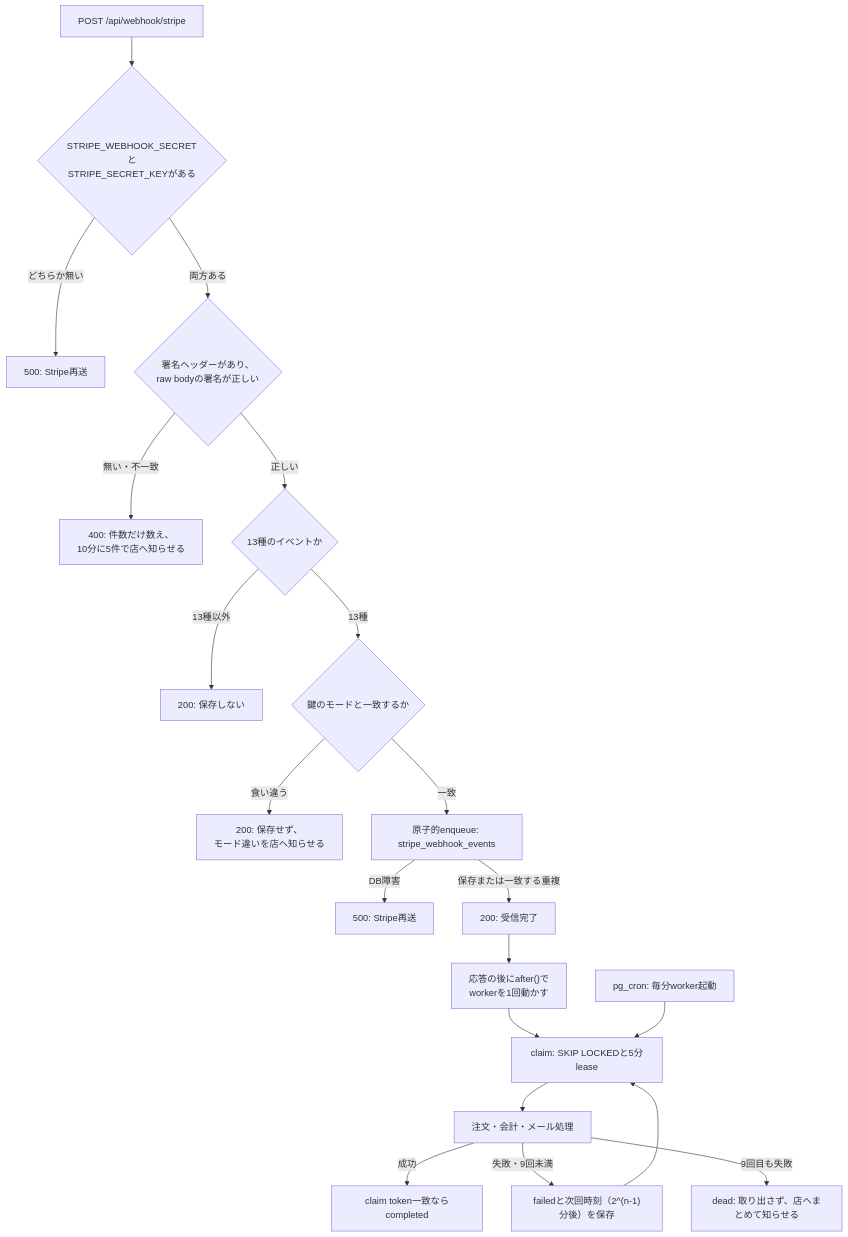
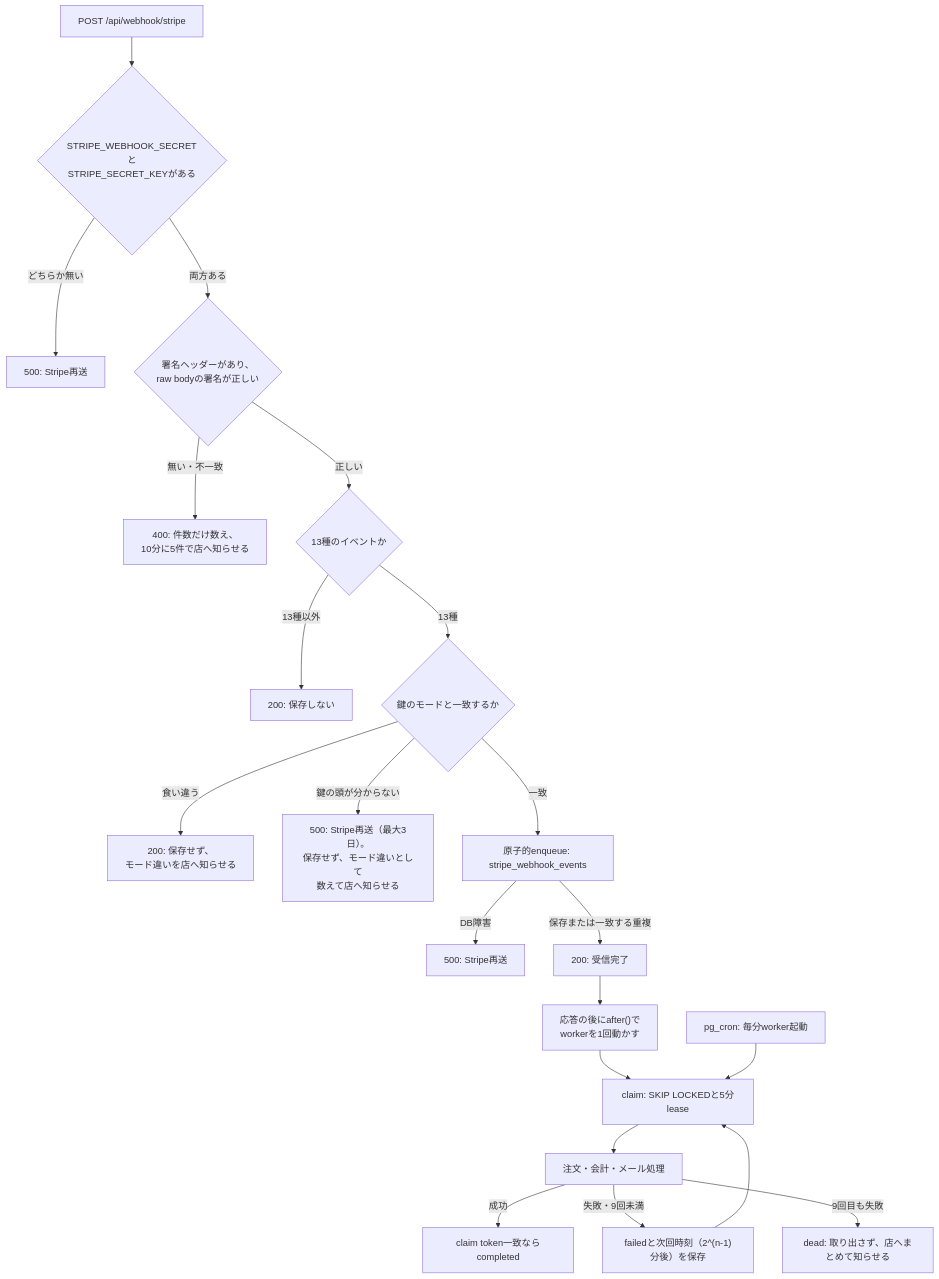
Before and after one commit to ChocoWork/o_official: the first of 3 diagrams in docs/04_DetailDesign/pages/13_checkout.md, drawn with Mermaid. The commit also changed other lines of this file and 20 other files, not shown here.

````diff
--- a/docs/04_DetailDesign/pages/13_checkout.md
+++ b/docs/04_DetailDesign/pages/13_checkout.md
@@ -151,22 +151,23 @@
 ```mermaid
 flowchart TD
   A["POST /api/webhook/stripe"] --> S{"STRIPE_WEBHOOK_SECRETと<br/>STRIPE_SECRET_KEYがある"}
   S -- どちらか無い --> S1["500: Stripe再送"]
   S -- 両方ある --> B{"署名ヘッダーがあり、<br/>raw bodyの署名が正しい"}
   B -- 無い・不一致 --> C["400: 件数だけ数え、<br/>10分に5件で店へ知らせる"]
   B -- 正しい --> T{"13種のイベントか"}
   T -- 13種以外 --> T1["200: 保存しない"]
   T -- 13種 --> M{"鍵のモードと一致するか"}
   M -- 食い違う --> M1["200: 保存せず、<br/>モード違いを店へ知らせる"]
+  M -- 鍵の頭が分からない --> M2["500: Stripe再送（最大3日）。<br/>保存せず、モード違いとして<br/>数えて店へ知らせる"]
   M -- 一致 --> D["原子的enqueue: stripe_webhook_events"]
   D -- DB障害 --> E["500: Stripe再送"]
   D -- 保存または一致する重複 --> F["200: 受信完了"]
   F --> F1["応答の後にafter()で<br/>workerを1回動かす"]
   F1 --> H["claim: SKIP LOCKEDと5分lease"]
   G["pg_cron: 毎分worker起動"] --> H
   H --> I["注文・会計・メール処理"]
   I -- 成功 --> J["claim token一致ならcompleted"]
   I -- 失敗・9回未満 --> K["failedと次回時刻（2^(n-1)分後）を保存"]
   K --> H
   I -- 9回目も失敗 --> L["dead: 取り出さず、店へまとめて知らせる"]
 ```
````
